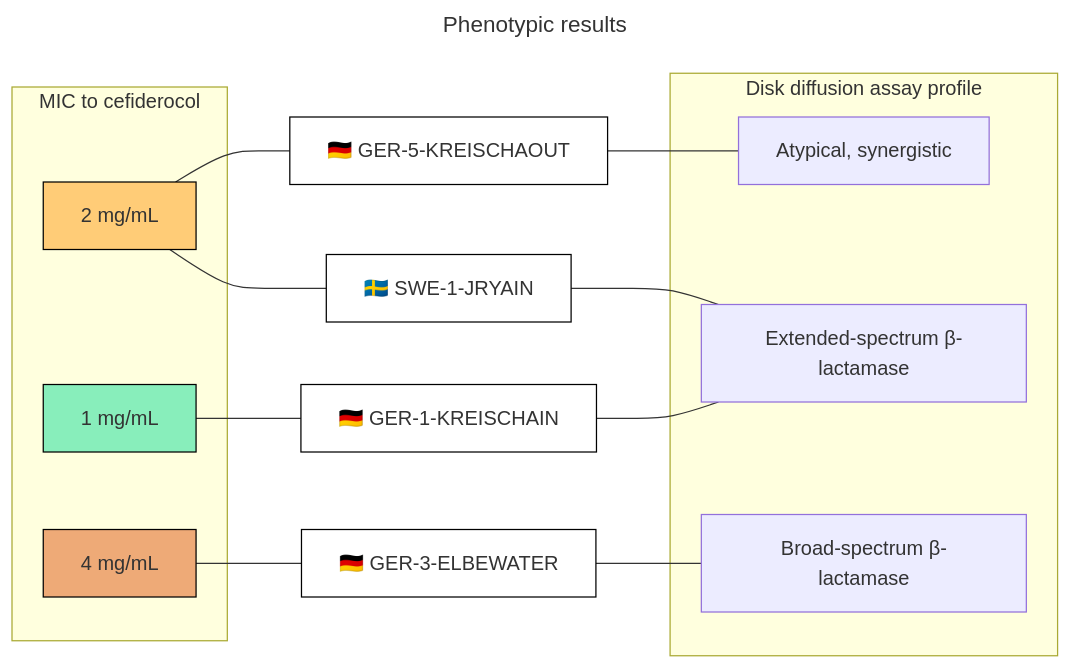
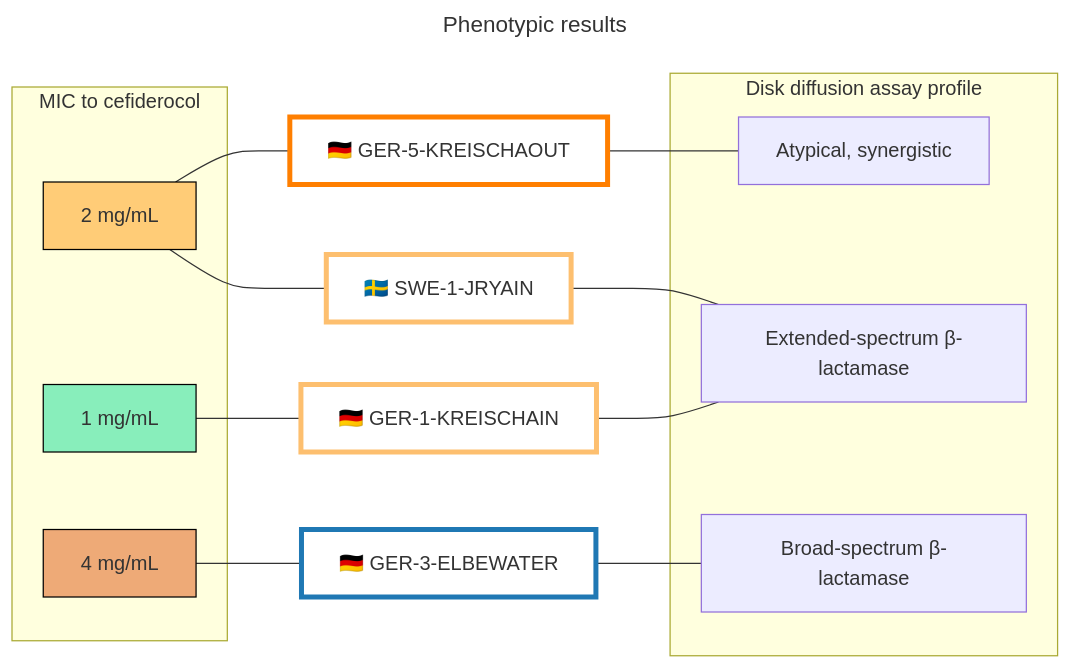
The second of 2 diagrams in README.md (RemiGSC/Mgf_FDC), drawn with Mermaid before and after one commit. The commit also changed other lines of this file, not shown here.

````diff
--- a/README.md
+++ b/README.md
@@ -61,32 +67,32 @@
 ```mermaid
 ---
 title: Phenotypic results
 ---
 flowchart LR
 		subgraph DDA [Disk diffusion assay profile]
 			ESBL[Extended-spectrum β-lactamase]
 			Broad-spectrum[Broad-spectrum β-lactamase]
 			Atyp[Atypical, synergistic]
 		end
 
 		subgraph MIC [MIC to cefiderocol]
 			Two[2 mg/mL]
 			One[1 mg/mL]
 			Four[4 mg/mL]
 		end
 
 Two[2 mg/mL] --- C1[🇸🇪 SWE-1-JRYAIN] --- ESBL[Extended-spectrum β-lactamase]
 One[1 mg/mL] --- C3a[🇩🇪 GER-1-KREISCHAIN] --- ESBL
 Four[4 mg/mL] --- C3b[🇩🇪 GER-3-ELBEWATER] --- Broad-spectrum[Broad-spectrum β-lactamase]
 Two ---C3c[🇩🇪 GER-5-KREISCHAOUT] --- Atyp[Atypical, synergistic]
 
 style One stroke:#000,fill:#8eb
 style Two stroke:#000,fill:#fc7
 style Four stroke:#000,fill:#ea7
 
-style C1 stroke:#000,fill:#fff
-style C3a stroke:#000,fill:#fff
-style C3b stroke:#000,fill:#fff
-style C3c stroke:#000,fill:#fff
+style C1 stroke:#fdbf6f,fill:#fff,stroke-width:4px
+style C3a stroke:#fdbf6f,fill:#fff,stroke-width:4px
+style C3b stroke:#1f78b4,fill:#fff,stroke-width:4px
+style C3c stroke:#ff7f00,fill:#fff,stroke-width:4px
 
 ```
````
